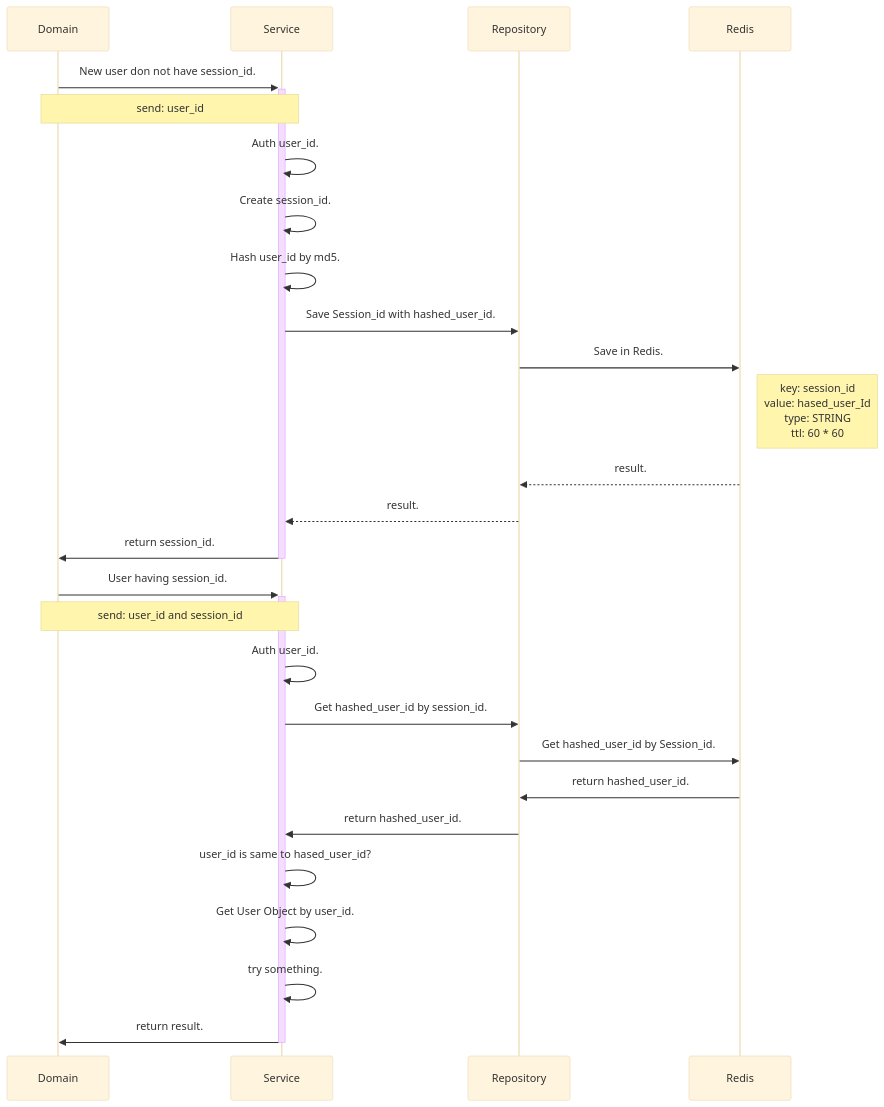
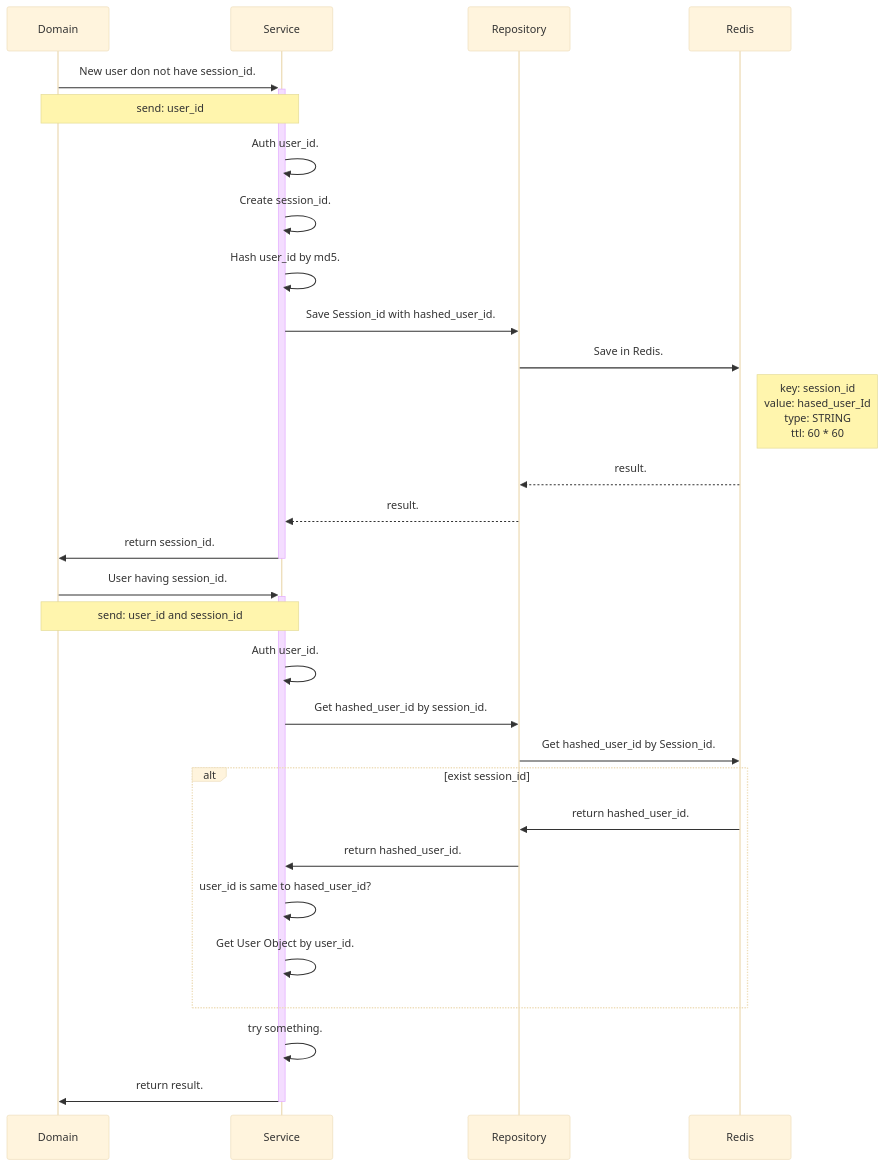
The diagram in README.md (yutakasugiura/redis_learning), drawn with Mermaid (base theme) before and after one commit.

Commit message:
add: alt

````diff
--- a/README.md
+++ b/README.md
@@ -33,30 +33,32 @@
 ```mermaid
 sequenceDiagram
     participant Domain
     participant Service
     participant Repository
     participant Redis
     Domain->>+Service: New user don not have session_id. 
       Note over Domain, Service: send: user_id
     Service->>Service: Auth user_id.
     Service->>Service: Create session_id.
     Service->>Service: Hash user_id by md5.
     Service->>Repository: Save Session_id with hashed_user_id.
     Repository->>Redis: Save in Redis.
      Note right of Redis: key: session_id<br>value: hased_user_Id <br>type: STRING<br> ttl: 60 * 60
     Redis-->>Repository: result.
     Repository-->>Service: result.
     Service->>-Domain: return session_id.
 
     Domain->>+Service: User having session_id.
       Note over Domain, Service: send: user_id and session_id
     Service->>Service: Auth user_id.
     Service->>Repository: Get hashed_user_id by session_id.
     Repository->>Redis: Get hashed_user_id by Session_id.
-    Redis->>Repository: return hashed_user_id.
-    Repository->>Service: return hashed_user_id.
-    Service->>Service: user_id is same to hased_user_id?
-    Service->>Service: Get User Object by user_id.
+    alt exist session_id
+      Redis->>Repository: return hashed_user_id.
+      Repository->>Service: return hashed_user_id.
+      Service->>Service: user_id is same to hased_user_id?
+      Service->>Service: Get User Object by user_id.
+    end
     Service->>Service: try something.
     Service->>-Domain: return result.
 ```
````
